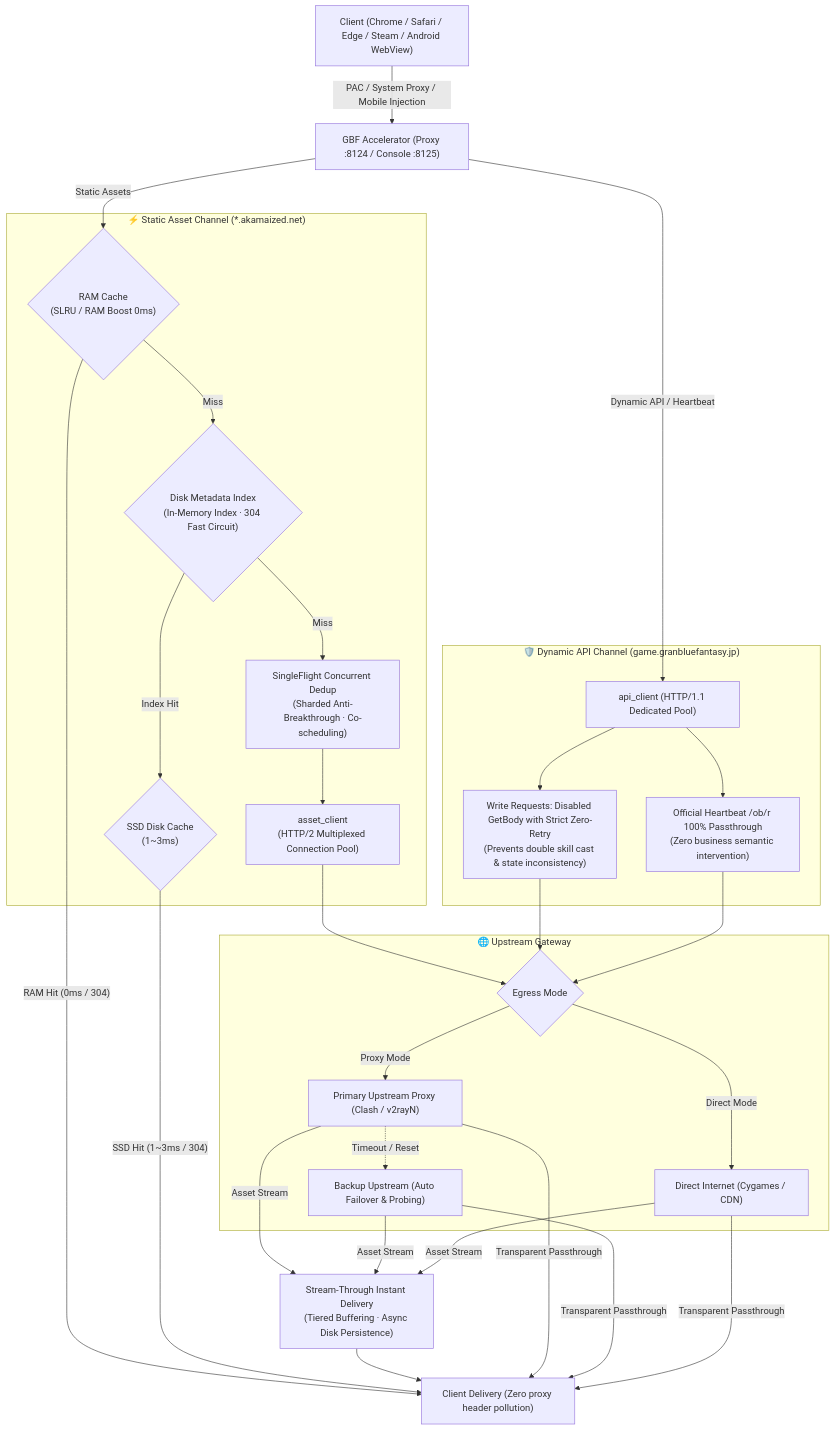
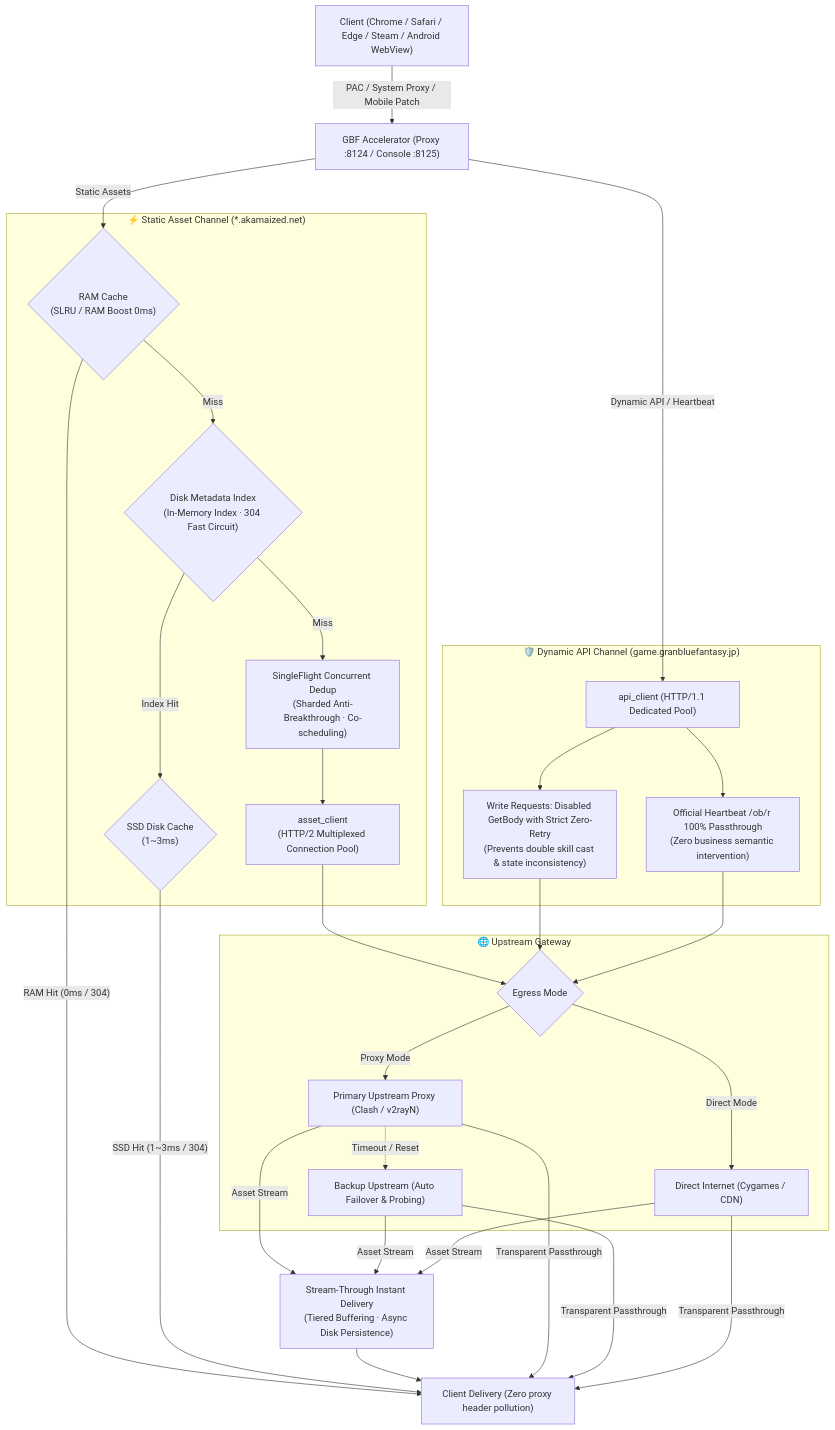
The diagram in README.en.md (Sagisawa/GBF-Accelerator), drawn with Mermaid before and after one commit. The commit also changed other lines of this file and 20 other files, not shown here.

````diff
--- a/README.en.md
+++ b/README.en.md
@@ -55,59 +55,59 @@
 ```mermaid
 flowchart TD
     Client["Client (Chrome / Safari / Edge / Steam / Android WebView)"]
     Proxy["GBF Accelerator (Proxy :8124 / Console :8125)"]
 
-    Client -->|"PAC / System Proxy / Mobile Injection"| Proxy
+    Client -->|"PAC / System Proxy / Mobile Patch"| Proxy
 
     subgraph AssetChannel ["⚡ Static Asset Channel (*.akamaized.net)"]
         RAMCheck{"RAM Cache<br/>(SLRU / RAM Boost 0ms)"}
         DiskMeta{"Disk Metadata Index<br/>(In-Memory Index · 304 Fast Circuit)"}
         DiskCheck{"SSD Disk Cache<br/>(1~3ms)"}
         SingleFlight["SingleFlight Concurrent Dedup<br/>(Sharded Anti-Breakthrough · Co-scheduling)"]
         AssetClient["asset_client<br/>(HTTP/2 Multiplexed Connection Pool)"]
 
         RAMCheck -->|"Miss"| DiskMeta
         DiskMeta -->|"Index Hit"| DiskCheck
         DiskMeta -->|"Miss"| SingleFlight
         SingleFlight --> AssetClient
     end
 
     subgraph APIChannel ["🛡️ Dynamic API Channel (game.granbluefantasy.jp)"]
         APIClient["api_client (HTTP/1.1 Dedicated Pool)"]
         ZeroRetry["Write Requests: Disabled GetBody with Strict Zero-Retry<br/>(Prevents double skill cast & state inconsistency)"]
         Heartbeat["Official Heartbeat /ob/r 100% Passthrough<br/>(Zero business semantic intervention)"]
 
         APIClient --> ZeroRetry
         APIClient --> Heartbeat
     end
 
     subgraph UpstreamGateway ["🌐 Upstream Gateway"]
         UpstreamMode{"Egress Mode"}
         UpstreamProxy["Primary Upstream Proxy (Clash / v2rayN)"]
         FailoverProxy["Backup Upstream (Auto Failover & Probing)"]
         DirectNet["Direct Internet (Cygames / CDN)"]
 
         UpstreamMode -->|"Proxy Mode"| UpstreamProxy
         UpstreamProxy -.->|"Timeout / Reset"| FailoverProxy
         UpstreamMode -->|"Direct Mode"| DirectNet
     end
 
     Proxy -->|"Static Assets"| RAMCheck
     Proxy -->|"Dynamic API / Heartbeat"| APIClient
 
     AssetClient --> UpstreamMode
     ZeroRetry --> UpstreamMode
     Heartbeat --> UpstreamMode
 
     UpstreamProxy -->|"Asset Stream"| StreamThrough["Stream-Through Instant Delivery<br/>(Tiered Buffering · Async Disk Persistence)"]
     FailoverProxy -->|"Asset Stream"| StreamThrough
     DirectNet -->|"Asset Stream"| StreamThrough
 
     RAMCheck -->|"RAM Hit (0ms / 304)"| Deliver["Client Delivery (Zero proxy header pollution)"]
     DiskCheck -->|"SSD Hit (1~3ms / 304)"| Deliver
     StreamThrough --> Deliver
 
     UpstreamProxy -->|"Transparent Passthrough"| Deliver
     FailoverProxy -->|"Transparent Passthrough"| Deliver
     DirectNet -->|"Transparent Passthrough"| Deliver
 ```
````
